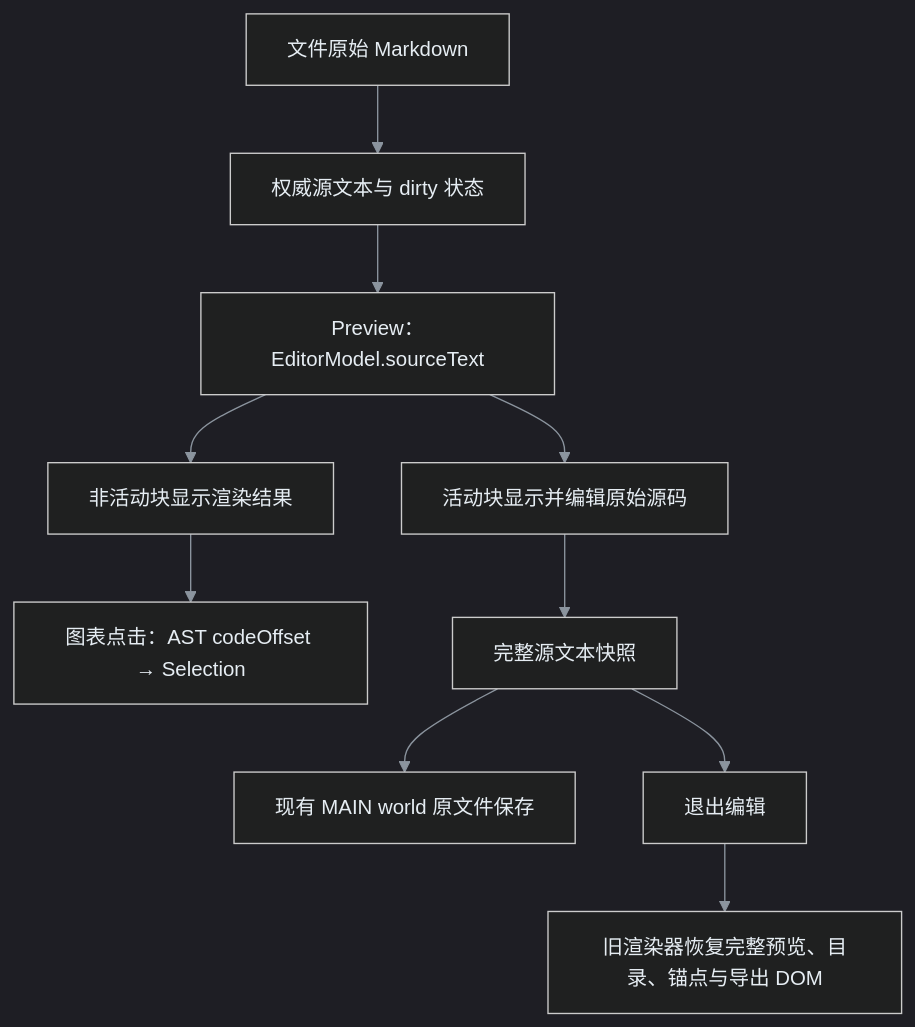
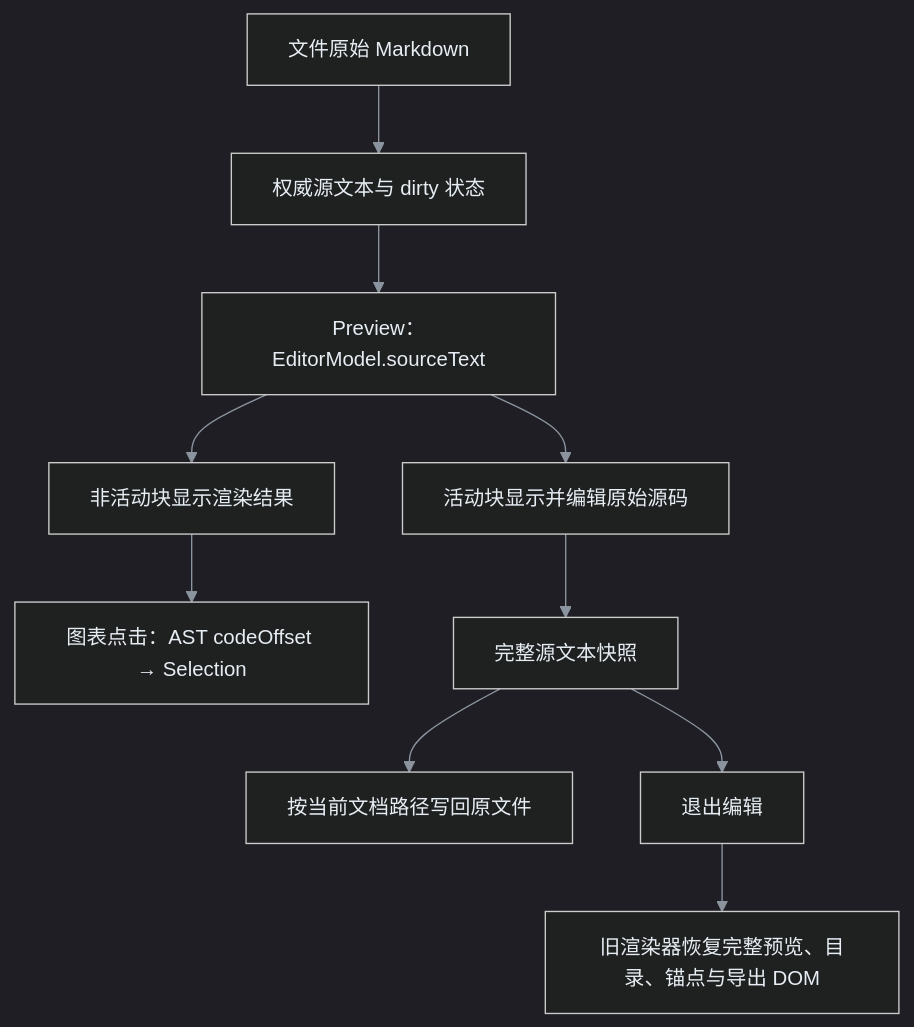
Before and after one commit to yeyangchen2009/markdown-viewer-extension: the first of 3 diagrams in chrome/docs/markdown-source-save.md, drawn with Mermaid. The commit also changed other lines of this file, not shown here.

````diff
--- a/chrome/docs/markdown-source-save.md
+++ b/chrome/docs/markdown-source-save.md
@@ -28,13 +31,13 @@
 ```mermaid
 %%{init: {'theme':'dark','themeVariables':{'background':'#0d1117','primaryColor':'#1f6feb','primaryTextColor':'#ffffff','primaryBorderColor':'#79c0ff','secondaryColor':'#21262d','tertiaryColor':'#30363d','lineColor':'#8b949e','textColor':'#e6edf3','clusterBkg':'#161b22','clusterBorder':'#58a6ff','edgeLabelBackground':'#21262d','fontSize':'15px'}}}%%
 flowchart TD
   A["文件原始 Markdown"] --> B["权威源文本与 dirty 状态"]
   B --> C["Preview：EditorModel.sourceText"]
   C --> D["非活动块显示渲染结果"]
   C --> E["活动块显示并编辑原始源码"]
   D --> F["图表点击：AST codeOffset → Selection"]
   E --> G["完整源文本快照"]
-  G --> H["现有 MAIN world 原文件保存"]
+  G --> H["按当前文档路径写回原文件"]
   G --> I["退出编辑"]
   I --> J["旧渲染器恢复完整预览、目录、锚点与导出 DOM"]
 ```
````
